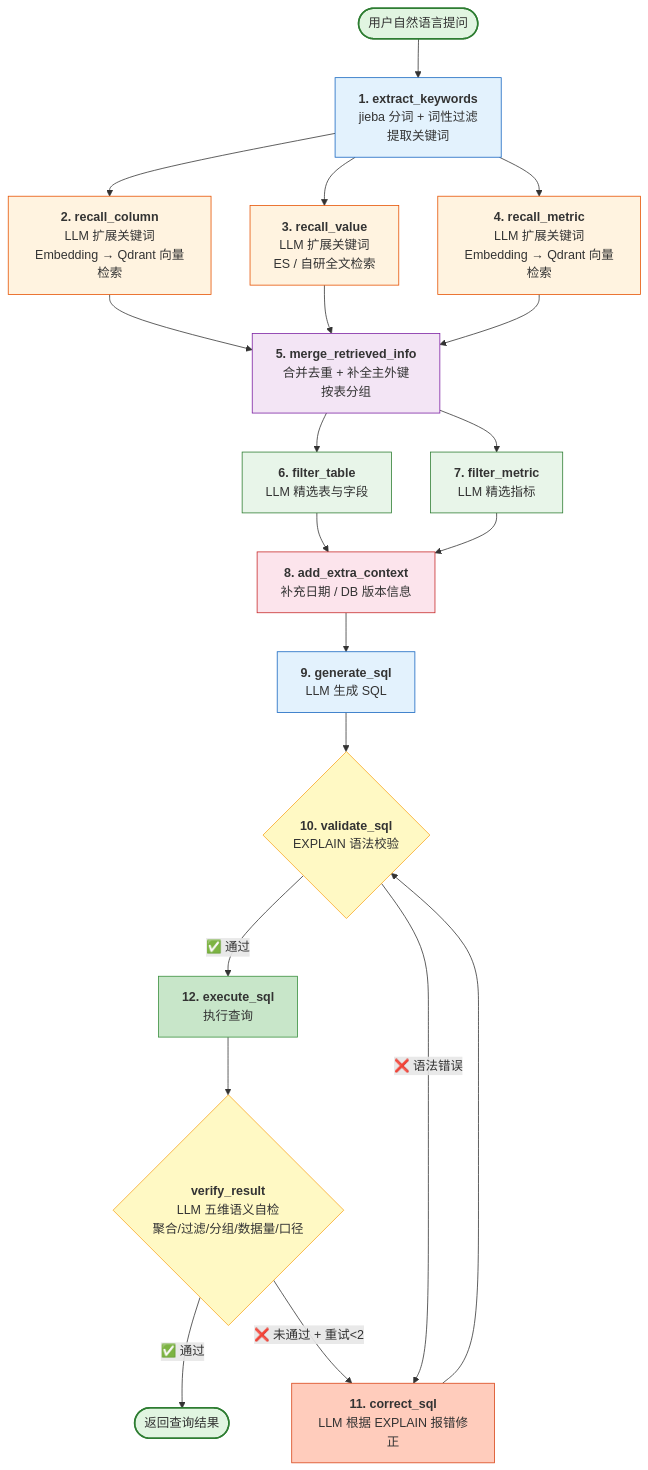
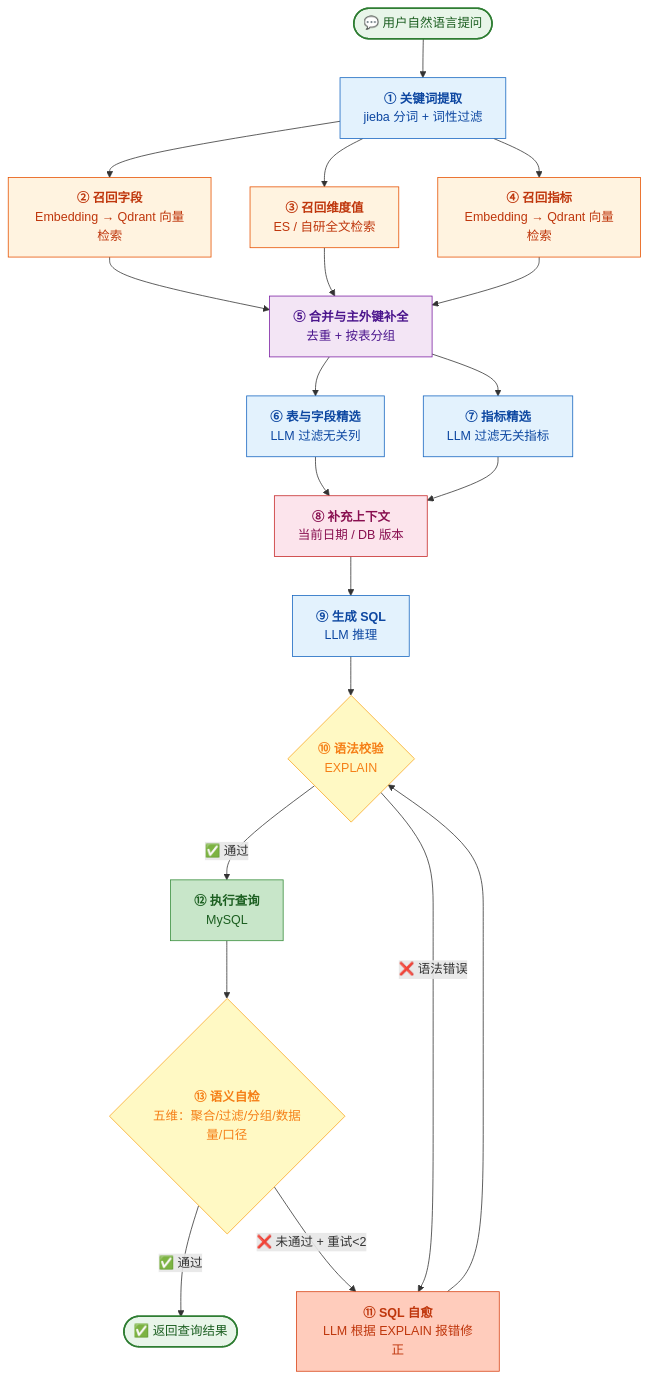
Before and after one commit to yj9407/RAG-ZhiDaFangZhou: the first of 2 diagrams in README.md, drawn with Mermaid. The commit also changed other lines of this file, not shown here.

Commit message:
docs: 更新项目描述，重画 Agent DAG 链路图

````diff
--- a/README.md
+++ b/README.md
@@ -22,47 +22,41 @@
 ```mermaid
 graph TD
-    START([用户自然语言提问]) --> N1["<b>1. extract_keywords</b><br/>jieba 分词 + 词性过滤<br/>提取关键词"]
+    START(["💬 用户自然语言提问"]):::startEnd
+    START --> N1["<b>① 关键词提取</b><br/>jieba 分词 + 词性过滤"]:::llm
 
-    N1 --> N2["<b>2. recall_column</b><br/>LLM 扩展关键词<br/>Embedding → Qdrant 向量检索"]
-    N1 --> N3["<b>3. recall_value</b><br/>LLM 扩展关键词<br/>ES / 自研全文检索"]
-    N1 --> N4["<b>4. recall_metric</b><br/>LLM 扩展关键词<br/>Embedding → Qdrant 向量检索"]
+    N1 --> N2["<b>② 召回字段</b><br/>Embedding → Qdrant 向量检索"]:::search
+    N1 --> N3["<b>③ 召回维度值</b><br/>ES / 自研全文检索"]:::search
+    N1 --> N4["<b>④ 召回指标</b><br/>Embedding → Qdrant 向量检索"]:::search
 
-    N2 --> N5["<b>5. merge_retrieved_info</b><br/>合并去重 + 补全主外键<br/>按表分组"]
+    N2 --> N5["<b>⑤ 合并与主外键补全</b><br/>去重 + 按表分组"]:::merge
     N3 --> N5
     N4 --> N5
 
-    N5 --> N6["<b>6. filter_table</b><br/>LLM 精选表与字段"]
-    N5 --> N7["<b>7. filter_metric</b><br/>LLM 精选指标"]
+    N5 --> N6["<b>⑥ 表与字段精选</b><br/>LLM 过滤无关列"]:::llm
+    N5 --> N7["<b>⑦ 指标精选</b><br/>LLM 过滤无关指标"]:::llm
 
-    N6 --> N8["<b>8. add_extra_context</b><br/>补充日期 / DB 版本信息"]
+    N6 --> N8["<b>⑧ 补充上下文</b><br/>当前日期 / DB 版本"]:::ctx
     N7 --> N8
 
-    N8 --> N9["<b>9. generate_sql</b><br/>LLM 生成 SQL"]
+    N8 --> N9["<b>⑨ 生成 SQL</b><br/>LLM 推理"]:::llm
 
-    N9 --> N10{"<b>10. validate_sql</b><br/>EXPLAIN 语法校验"}
+    N9 --> N10{"<b>⑩ 语法校验</b><br/>EXPLAIN"}:::decision
 
-    N10 -->|"✅ 通过"| N12["<b>12. execute_sql</b><br/>执行查询"]
-    N10 -->|"❌ 语法错误"| N11["<b>11. correct_sql</b><br/>LLM 根据 EXPLAIN 报错修正"]
+    N10 -->|"✅ 通过"| N12["<b>⑫ 执行查询</b><br/>MySQL"]:::exec
+    N10 -->|"❌ 语法错误"| N11["<b>⑪ SQL 自愈</b><br/>LLM 根据 EXPLAIN 报错修正"]:::fix
     N11 --> N10
 
-    N12 --> N13{"<b>verify_result</b><br/>LLM 五维语义自检<br/>聚合/过滤/分组/数据量/口径"}
+    N12 --> N13{"<b>⑬ 语义自检</b><br/>五维：聚合/过滤/分组/数据量/口径"}:::decision
 
-    N13 -->|"✅ 通过"| END([返回查询结果])
+    N13 -->|"✅ 通过"| END(["✅ 返回查询结果"]):::startEnd
     N13 -->|"❌ 未通过 + 重试&lt;2"| N11
 
-    style START fill:#e1f5e1,stroke:#2e7d32,stroke-width:2px
-    style END fill:#e1f5e1,stroke:#2e7d32,stroke-width:2px
-    style N1 fill:#e3f2fd,stroke:#1565c0
-    style N2 fill:#fff3e0,stroke:#e65100
-    style N3 fill:#fff3e0,stroke:#e65100
-    style N4 fill:#fff3e0,stroke:#e65100
-    style N5 fill:#f3e5f5,stroke:#7b1fa2
-    style N6 fill:#e8f5e9,stroke:#2e7d32
-    style N7 fill:#e8f5e9,stroke:#2e7d32
-    style N8 fill:#fce4ec,stroke:#c62828
-    style N9 fill:#e3f2fd,stroke:#1565c0
-    style N10 fill:#fff9c4,stroke:#f9a825
-    style N11 fill:#ffccbc,stroke:#d84315
-    style N12 fill:#c8e6c9,stroke:#388e3c
-    style N13 fill:#fff9c4,stroke:#f9a825
+    classDef startEnd fill:#e8f5e9,stroke:#2e7d32,stroke-width:2px,color:#1b5e20
+    classDef llm fill:#e3f2fd,stroke:#1565c0,color:#0d47a1
+    classDef search fill:#fff3e0,stroke:#e65100,color:#bf360c
+    classDef merge fill:#f3e5f5,stroke:#7b1fa2,color:#4a148c
+    classDef ctx fill:#fce4ec,stroke:#c62828,color:#880e4f
+    classDef decision fill:#fff9c4,stroke:#f9a825,color:#f57f17
+    classDef exec fill:#c8e6c9,stroke:#388e3c,color:#1b5e20
+    classDef fix fill:#ffccbc,stroke:#d84315,color:#bf360c
 ```
````
